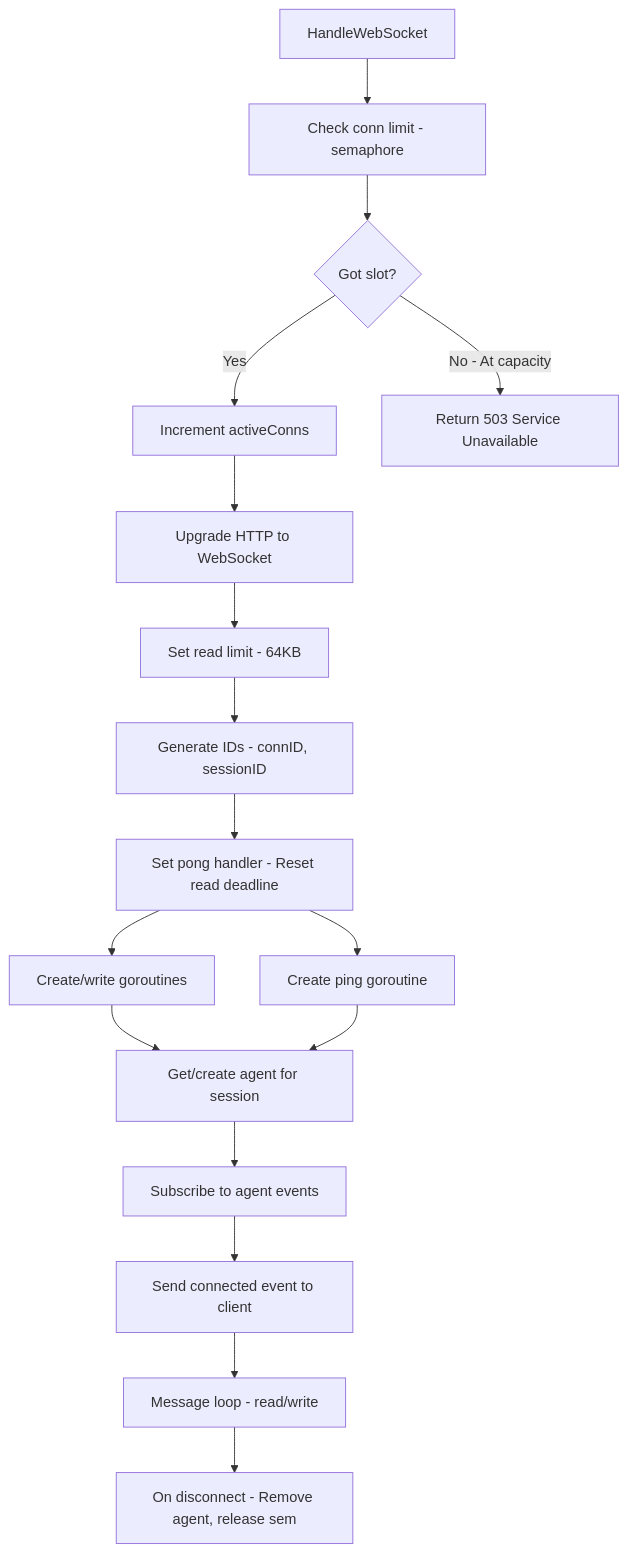
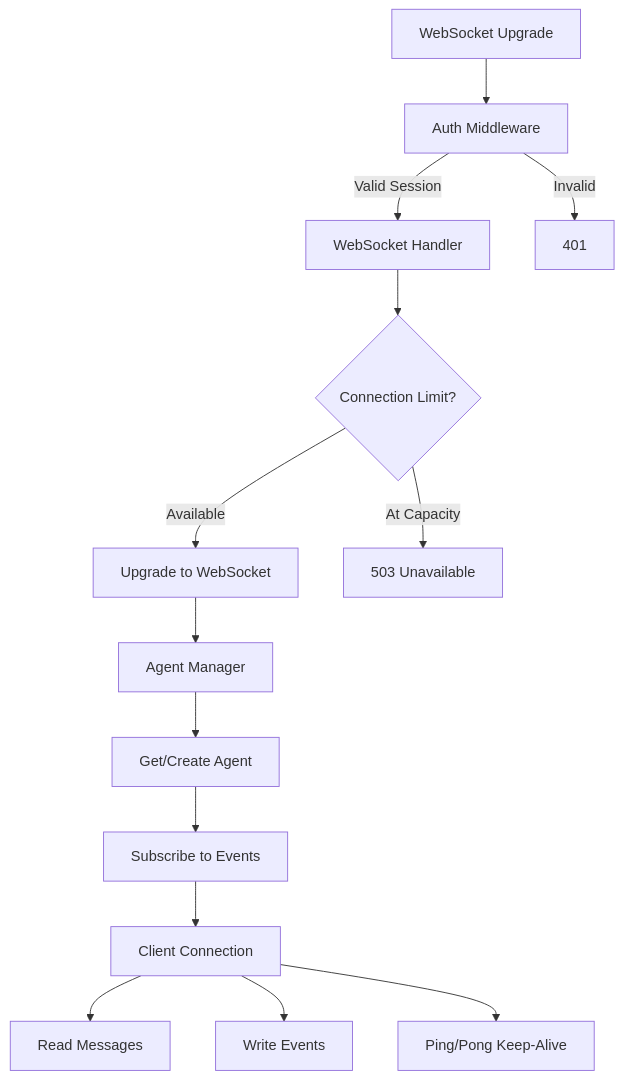
One commit to radch-ai/ava changed the first of 2 diagrams in docs/websocket.md. Above: the diagram before and after it, drawn with Mermaid. The commit also changed other lines of this file and 11 other files, not shown here.

````diff
--- a/docs/websocket.md
+++ b/docs/websocket.md
@@ -11,19 +7,19 @@
 ```mermaid
 flowchart TB
-    Start[HandleWebSocket] --> Check[Check conn limit - semaphore]
-    Check --> Slot{Got slot?}
-    Slot -->|Yes| Increment["Increment activeConns"]
-    Slot -->|No - At capacity| Return503["Return 503 Service Unavailable"]
-    Increment --> Upgrade["Upgrade HTTP to WebSocket"]
-    Upgrade --> ReadLimit["Set read limit - 64KB"]
-    ReadLimit --> IDs["Generate IDs - connID, sessionID"]
-    IDs --> Pong["Set pong handler - Reset read deadline"]
-    Pong --> Create[Create/write goroutines]
-    Pong --> Ping["Create ping goroutine"]
-    Create --> Agent["Get/create agent for session"]
-    Ping --> Agent
-    Agent --> Subscribe["Subscribe to agent events"]
-    Subscribe --> SendConnected["Send connected event to client"]
-    SendConnected --> MessageLoop["Message loop - read/write"]
-    MessageLoop --> Disconnect["On disconnect - Remove agent, release sem"]
+    Request[WebSocket Upgrade] --> AuthMW[Auth Middleware]
+    AuthMW -->|Valid Session| Handler[WebSocket Handler]
+    AuthMW -->|Invalid| Unauthorized[401]
+
+    Handler --> CheckLimit{Connection Limit?}
+    CheckLimit -->|Available| Upgrade[Upgrade to WebSocket]
+    CheckLimit -->|At Capacity| Full[503 Unavailable]
+
+    Upgrade --> AgentMgr[Agent Manager]
+    AgentMgr --> GetAgent[Get/Create Agent]
+    GetAgent --> Subscribe[Subscribe to Events]
+    Subscribe --> Client[Client Connection]
+
+    Client --> ReadLoop[Read Messages]
+    Client --> WriteLoop[Write Events]
+    Client --> Ping[Ping/Pong Keep-Alive]
 ```
````
